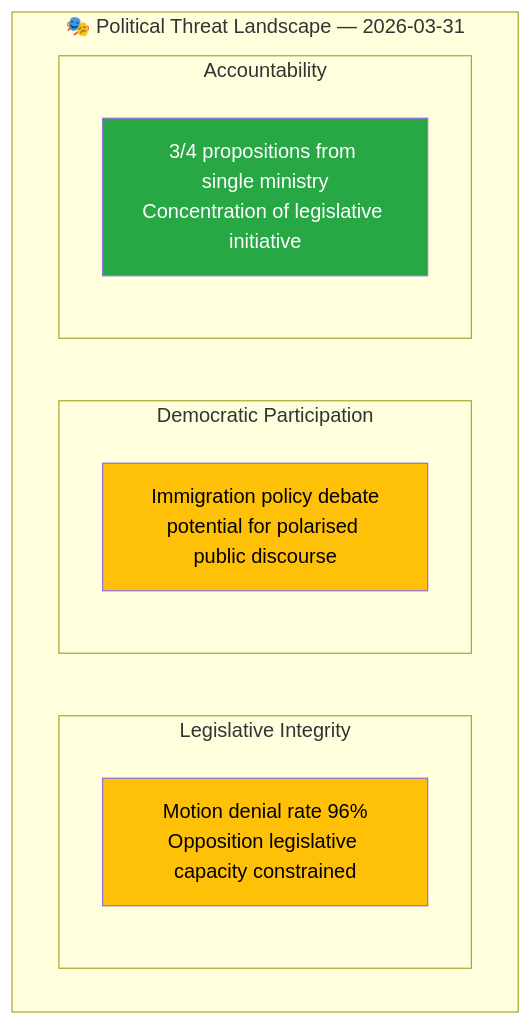
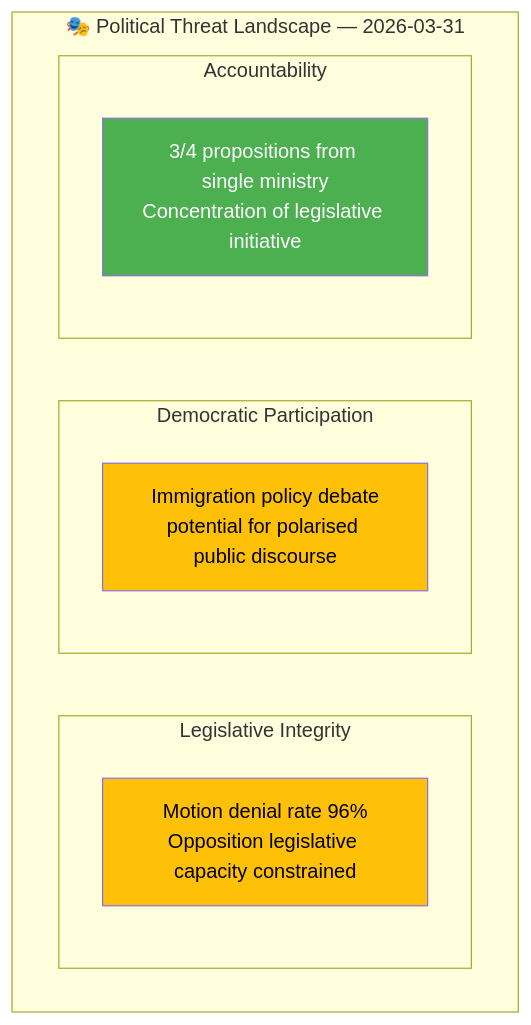
Before and after one commit to Hack23/riksdagsmonitor: the diagram in analysis/daily/2026-03-31/propositions/threat-analysis.md, drawn with Mermaid. The commit also changed 785 other files, not shown here.

First line of the commit message:
Normalize mermaid colors across 786 analysis artifacts to ISMS Style Guide palette

````diff
--- a/analysis/daily/2026-03-31/propositions/threat-analysis.md
+++ b/analysis/daily/2026-03-31/propositions/threat-analysis.md
@@ -14,17 +14,17 @@
 ```mermaid
 graph TD
     subgraph "🎭 Political Threat Landscape — 2026-03-31"
         subgraph "Legislative Integrity"
             LI["Motion denial rate 96%<br/>Opposition legislative capacity constrained"]
-            style LI fill:#ffc107,color:#000
+            style LI fill:#FFC107,color:#000000
         end
         subgraph "Democratic Participation"
             DP["Immigration policy debate<br/>potential for polarised public discourse"]
-            style DP fill:#ffc107,color:#000
+            style DP fill:#FFC107,color:#000000
         end
         subgraph "Accountability"
             AC["3/4 propositions from single ministry<br/>Concentration of legislative initiative"]
-            style AC fill:#28a745,color:#fff
+            style AC fill:#4CAF50,color:#FFFFFF
         end
     end
 ```
````
